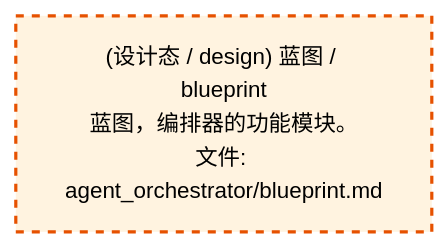
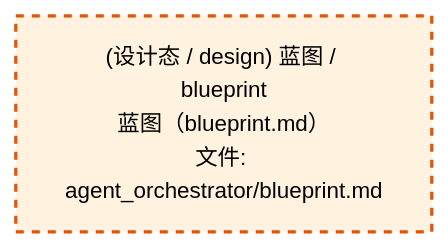
The third of 4 diagrams in docs/02_enterprise_architecture/02_domain_architecture_docs/06_d_infra_runtime.md (xuanFelixVan/ZephyrAlpha), drawn with Mermaid before and after one commit. The commit also changed other lines of this file and 50 other files, not shown here.

````diff
--- a/docs/02_enterprise_architecture/02_domain_architecture_docs/06_d_infra_runtime.md
+++ b/docs/02_enterprise_architecture/02_domain_architecture_docs/06_d_infra_runtime.md
@@ -1046,10 +1046,10 @@
 ```mermaid
 %%{init: {'theme': 'base', 'themeVariables': {'primaryColor': '#eaeaea', 'primaryTextColor': '#333333', 'primaryBorderColor': '#666666', 'lineColor': '#666666', 'secondaryColor': '#eaeaea', 'tertiaryColor': '#eaeaea', 'fontSize': '14px'}}}%%
 flowchart TD
-    docs_03_modules_cross_layer_agent_orchestrator_blueprint_md["(设计态 / design) 蓝图 / blueprint<br/>蓝图，编排器的功能模块。<br/>文件: agent_orchestrator/blueprint.md"]
+    docs_03_modules_cross_layer_agent_orchestrator_blueprint_md["(设计态 / design) 蓝图 / blueprint<br/>蓝图（blueprint.md）<br/>文件: agent_orchestrator/blueprint.md"]
     classDef production fill:#e1f5fe,stroke:#01579b,stroke-width:2px,color:#000
     classDef design fill:#fff3e0,stroke:#e65100,stroke-width:2px,color:#000,stroke-dasharray: 5 5
     classDef external_prod fill:#e8f4fd,stroke:#0277bd,stroke-width:1px,color:#000
     classDef external_design fill:#fff8e7,stroke:#ef6c00,stroke-width:1px,color:#000,stroke-dasharray: 5 5
     class docs_03_modules_cross_layer_agent_orchestrator_blueprint_md design
 ```
````
